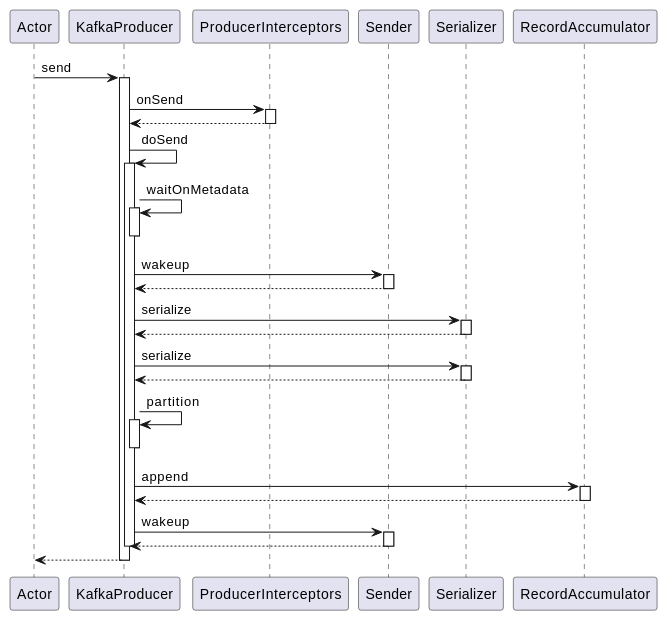
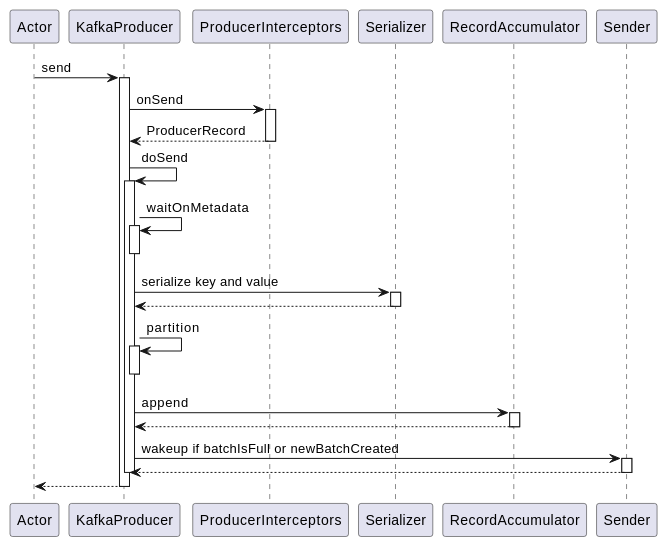
One commit to Robinpig/Note changed the diagram in docs/CS/MQ/Kafka/Producer.md. Above: the diagram before and after it, drawn with PlantUML. The commit also changed other lines of this file and 2 other files, not shown here.

Commit message:
Kafka Producer

````diff
--- a/docs/CS/MQ/Kafka/Producer.md
+++ b/docs/CS/MQ/Kafka/Producer.md
@@ -77,39 +43,31 @@
 ```plantuml
 participant Actor
 Actor -> KafkaProducer : send
 activate KafkaProducer
 KafkaProducer -> ProducerInterceptors : onSend
 activate ProducerInterceptors
-ProducerInterceptors --> KafkaProducer
+ProducerInterceptors --> KafkaProducer: ProducerRecord
 deactivate ProducerInterceptors
 KafkaProducer -> KafkaProducer : doSend
 activate KafkaProducer
 KafkaProducer -> KafkaProducer : waitOnMetadata
 activate KafkaProducer
 deactivate KafkaProducer
-KafkaProducer -> Sender : wakeup
-activate Sender
-Sender --> KafkaProducer
-deactivate Sender
-KafkaProducer -> Serializer : serialize
-activate Serializer
-Serializer --> KafkaProducer
-deactivate Serializer
-KafkaProducer -> Serializer : serialize
+KafkaProducer -> Serializer : serialize key and value
 activate Serializer
 Serializer --> KafkaProducer
 deactivate Serializer
 KafkaProducer -> KafkaProducer : partition
 activate KafkaProducer
 deactivate KafkaProducer
 KafkaProducer -> RecordAccumulator : append
 activate RecordAccumulator
 RecordAccumulator --> KafkaProducer
 deactivate RecordAccumulator
-KafkaProducer -> Sender : wakeup
+KafkaProducer -> Sender : wakeup if batchIsFull or newBatchCreated
 activate Sender
 Sender --> KafkaProducer
 deactivate Sender
 deactivate KafkaProducer
 return
 ```
````
